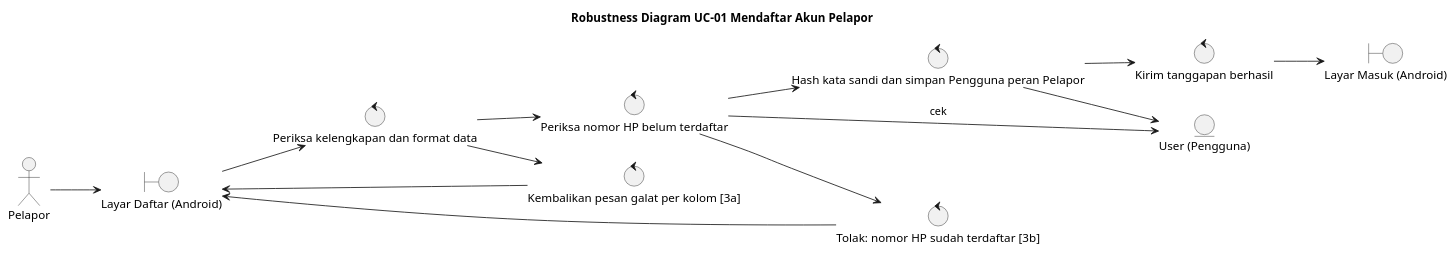
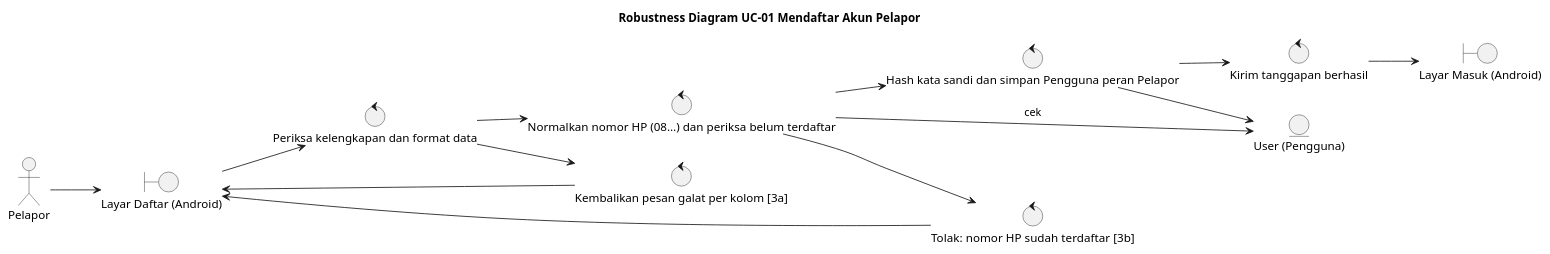
Before and after one commit to wirapatigilang/laporapi-api-web: the diagram in specs/001-uc01-register-reporter/iconix/uc01-robustness.puml, drawn with PlantUML. The commit also changed 11 other files, not shown here.

First line of the commit message:
Diagram robustness dan sequence UC-01/UC-02 dirender ulang tanpa email

```diff
--- a/specs/001-uc01-register-reporter/iconix/uc01-robustness.puml
+++ b/specs/001-uc01-register-reporter/iconix/uc01-robustness.puml
@@ -1,26 +1,26 @@
 @startuml
 left to right direction
 title Robustness Diagram UC-01 Mendaftar Akun Pelapor
 actor "Pelapor" as pel
 boundary "Layar Daftar (Android)" as bDaftar
 control "Periksa kelengkapan dan format data" as cFormat
-control "Periksa nomor HP belum terdaftar" as cUnik
+control "Normalkan nomor HP (08…) dan periksa belum terdaftar" as cUnik
 control "Hash kata sandi dan simpan Pengguna peran Pelapor" as cSimpan
 control "Kirim tanggapan berhasil" as cOk
 control "Kembalikan pesan galat per kolom [3a]" as cErrKolom
 control "Tolak: nomor HP sudah terdaftar [3b]" as cErrAda
 entity "User (Pengguna)" as ePengguna
 boundary "Layar Masuk (Android)" as bMasuk
 pel --> bDaftar
 bDaftar --> cFormat
 cFormat --> cUnik
 cUnik --> ePengguna : cek
 cUnik --> cSimpan
 cSimpan --> ePengguna
 cSimpan --> cOk
 cOk --> bMasuk
 cFormat --> cErrKolom
 cErrKolom --> bDaftar
 cUnik --> cErrAda
 cErrAda --> bDaftar
 @enduml
```
